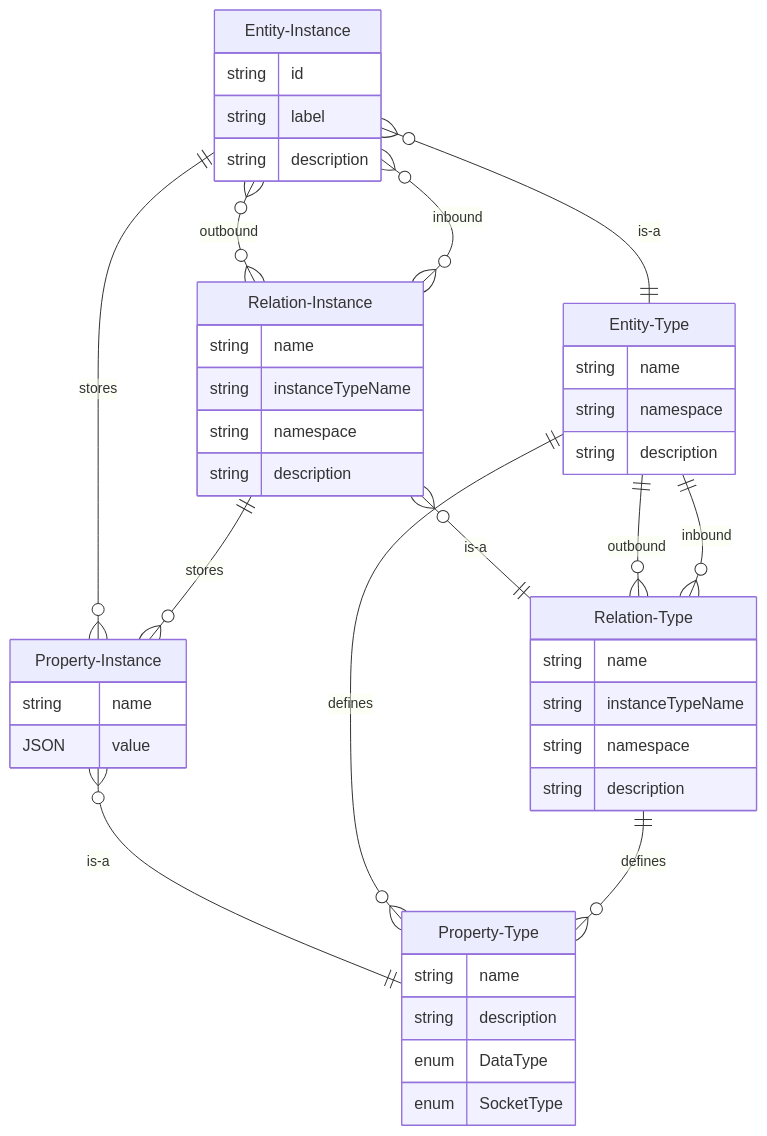
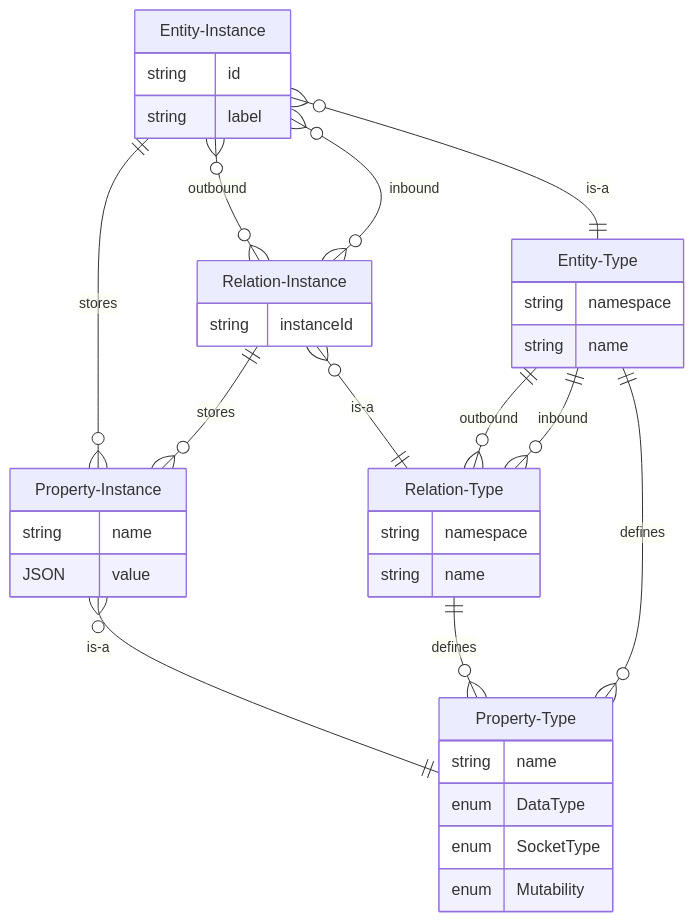
One commit to reactive-graph/reactive-graph changed the second of 2 diagrams in docs/inexor-rgf/src/Model_Relation_Instance.md. Above: the diagram before and after it, drawn with Mermaid. The commit also changed other lines of this file and 8 other files, not shown here.

````diff
--- a/docs/inexor-rgf/src/Model_Relation_Instance.md
+++ b/docs/inexor-rgf/src/Model_Relation_Instance.md
@@ -28,46 +58,39 @@
 ```mermaid
 erDiagram
     Entity-Type {
+        string namespace
         string name
-        string namespace
-        string description
     }
     Entity-Instance {
         string id
         string label
-        string description
     }
     Relation-Type {
+        string namespace
         string name
-        string instanceTypeName
-        string namespace
-        string description
     }
     Relation-Instance {
-        string name
-        string instanceTypeName
-        string namespace
-        string description
+        string instanceId
     }
     Property-Type {
         string name
-        string description
         enum DataType
         enum SocketType
+        enum Mutability
     }
     Property-Instance {
         string name
         JSON value
     }
     Entity-Instance ||--}o Property-Instance : stores
     Entity-Instance o{--}o Relation-Instance : outbound
     Entity-Instance o{--}o Relation-Instance : inbound
     Relation-Instance ||--}o Property-Instance : stores
     Relation-Instance o{--|| Relation-Type : is-a
     Property-Instance o{--|| Property-Type : is-a
     Entity-Instance o{--|| Entity-Type : is-a
-    Entity-Type ||--}o Property-Type : defines
     Relation-Type ||--}o Property-Type : defines
     Entity-Type ||--}o Relation-Type : outbound
     Entity-Type ||--}o Relation-Type : inbound
+    Entity-Type ||--}o Property-Type : defines
 ```
````
